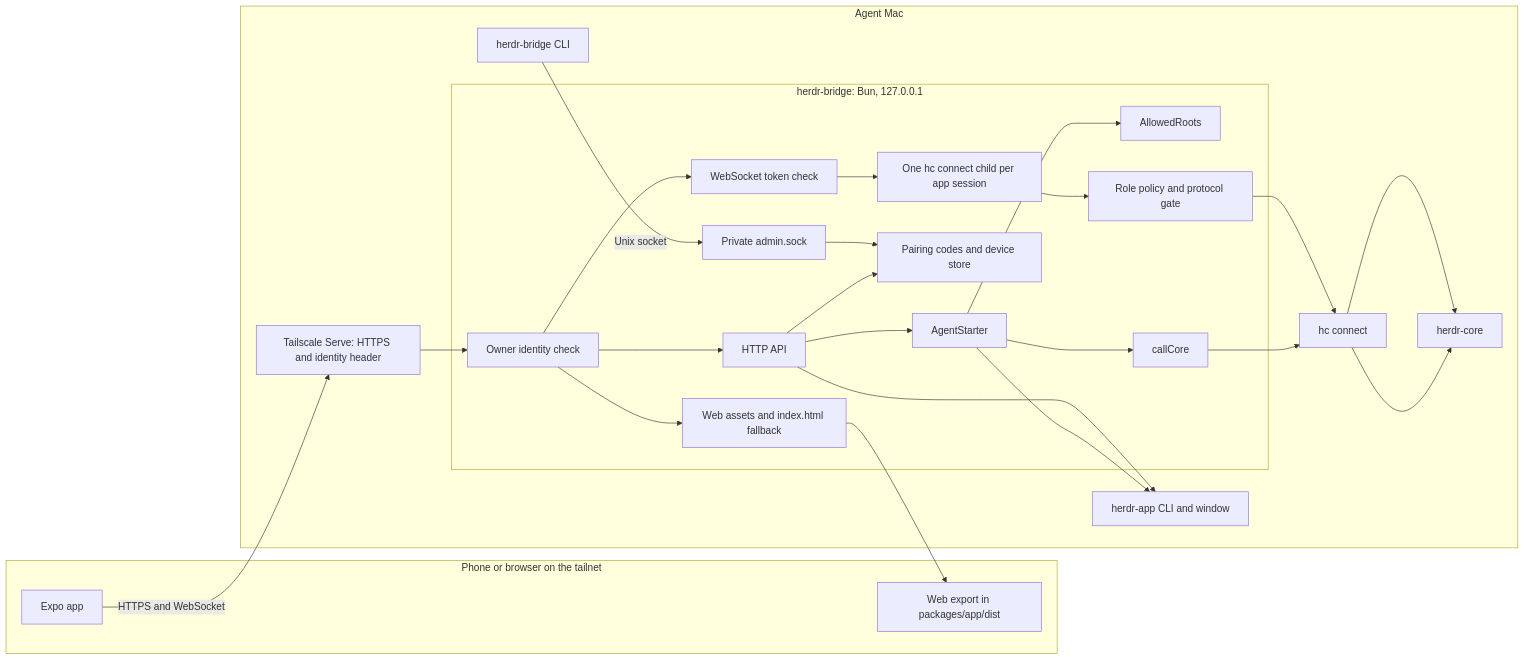
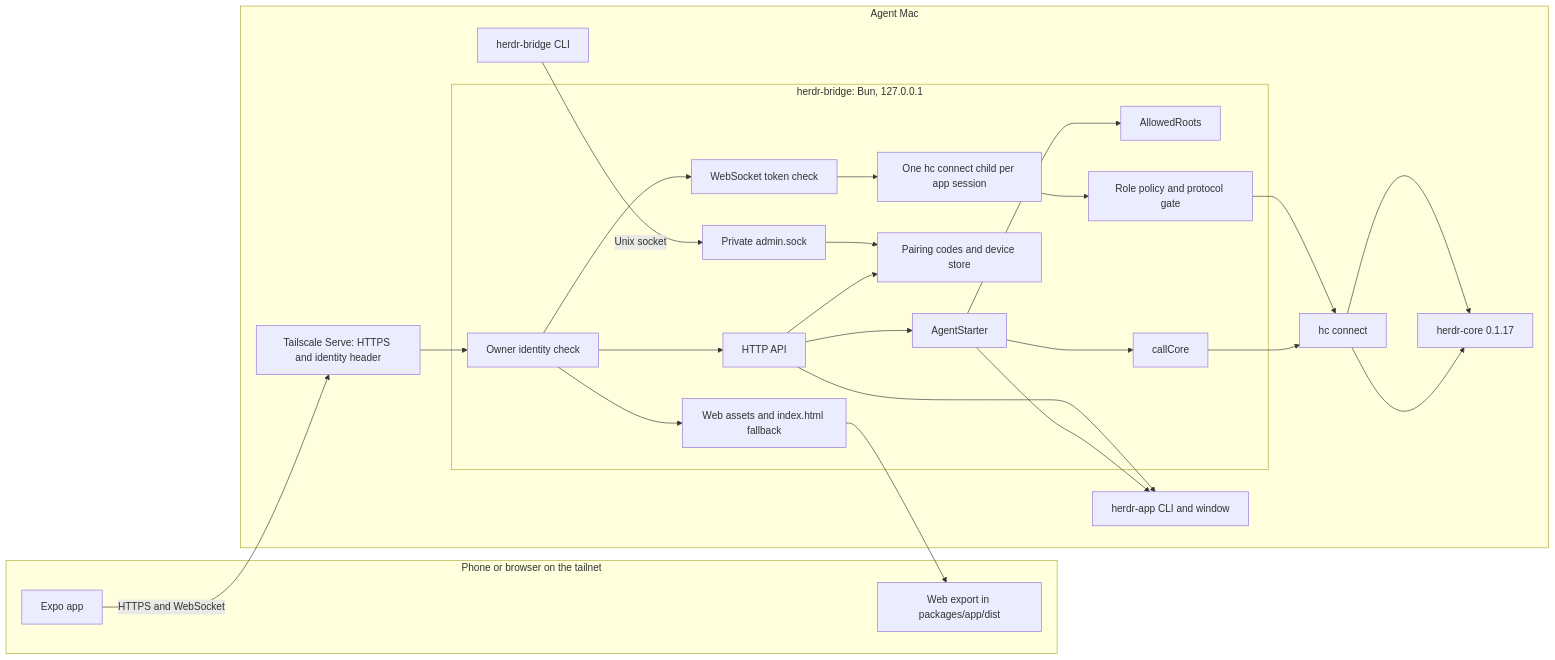
One commit to 0xroylee/herdr-mobile-app changed the diagram in docs/architecture.md. Above: the diagram before and after it, drawn with Mermaid. The commit also changed 7 other files, not shown here.

First line of the commit message:
Pin herdr-core's API at 0.1.17 (U21)

````diff
--- a/docs/architecture.md
+++ b/docs/architecture.md
@@ -7,42 +7,42 @@
 ```mermaid
 flowchart LR
   subgraph client["Phone or browser on the tailnet"]
     app["Expo app"]
     web["Web export in packages/app/dist"]
   end
 
   subgraph mac["Agent Mac"]
     serve["Tailscale Serve: HTTPS and identity header"]
     subgraph bridge["herdr-bridge: Bun, 127.0.0.1"]
       identity["Owner identity check"]
       api["HTTP API"]
       starter["AgentStarter"]
       roots["AllowedRoots"]
       corecall["callCore"]
       pairing["Pairing codes and device store"]
       static["Web assets and index.html fallback"]
       ws["WebSocket token check"]
       session["One hc connect child per app session"]
       gate["Role policy and protocol gate"]
       admin["Private admin.sock"]
     end
     cli["herdr-bridge CLI"]
     hc["hc connect"]
-    core["herdr-core"]
+    core["herdr-core 0.1.17"]
     herdr["herdr-app CLI and window"]
   end
 
   app -- "HTTPS and WebSocket" --> serve --> identity
   identity --> api
   api --> starter
   starter --> roots
   starter --> herdr
   starter --> corecall --> hc --> core
   api --> pairing
   identity --> static
   identity --> ws --> session --> gate --> hc --> core
   static --> web
   api --> herdr
   cli -- "Unix socket" --> admin
   admin --> pairing
 ```
````
